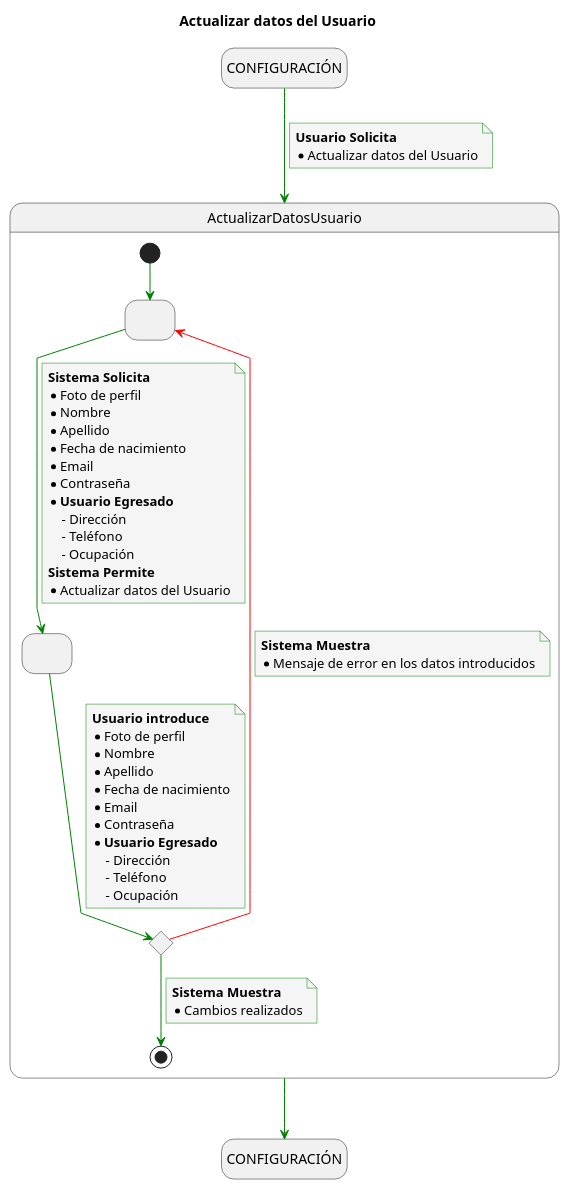
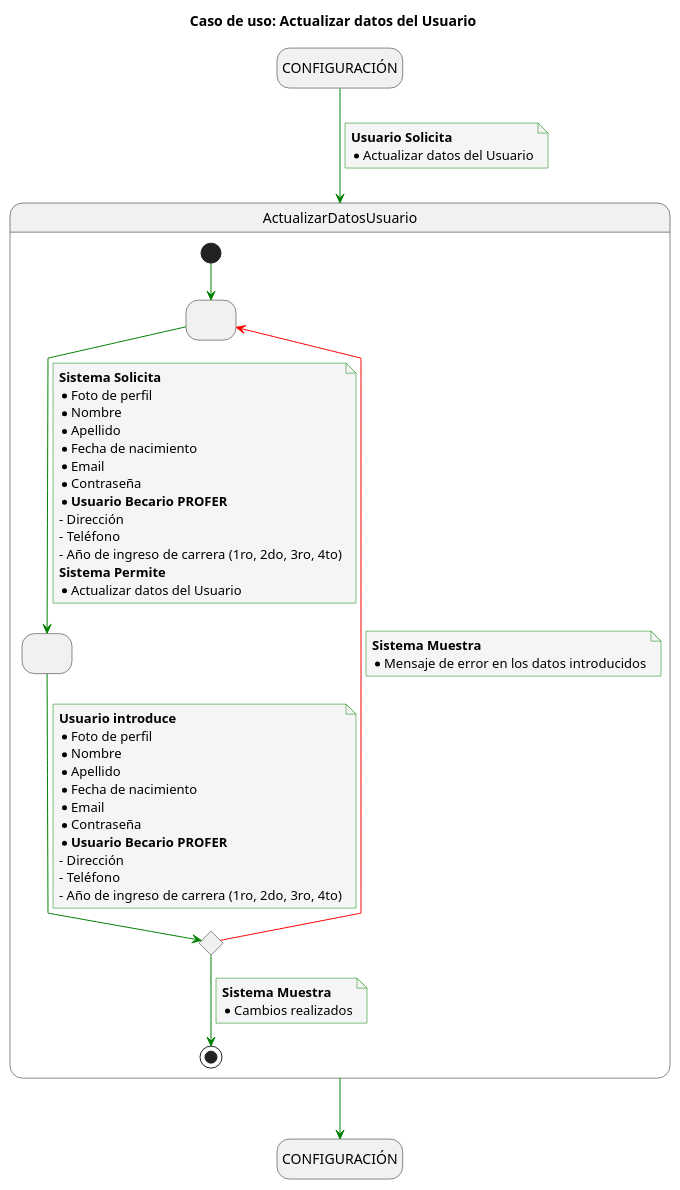
The diagram in casos_de_uso/casos_de_uso/usuarios/actualizar_datos_usuario/actualizar_datos.puml (mmasias/24-25-IdSw1-SDR), drawn with PlantUML before and after one commit. The commit also changed 4 other files, not shown here.

```diff
--- a/casos_de_uso/casos_de_uso/usuarios/actualizar_datos_usuario/actualizar_datos.puml
+++ b/casos_de_uso/casos_de_uso/usuarios/actualizar_datos_usuario/actualizar_datos.puml
@@ -1,76 +1,76 @@
 @startuml
-title Actualizar datos del Usuario
+title Caso de uso: Actualizar datos del Usuario
 
 skinparam {
     NoteBackgroundColor #whiteSmoke
     ArrowColor #green
     NoteBorderColor #green
     linetype polyline
 }
 
 hide empty description
 
 state startState as "CONFIGURACIÓN"
 state endState as "CONFIGURACIÓN"
 
 startState --> ActualizarDatosUsuario
 note on link
     <b>Usuario Solicita</b>
     * Actualizar datos del Usuario
 end note
 
 ActualizarDatosUsuario --> endState
 
 state ActualizarDatosUsuario {
-state 2 as " "
-state 3 as " "
-state 4 <<choice>>
+    state 2 as " "
+    state 3 as " "
+    state 4 <<choice>>
 
-[*] -down-> 2
+    [*] -down-> 2
 
-2 -down-> 3
-note on link
-<b>Sistema Solicita</b>
-* Foto de perfil
-* Nombre
-* Apellido
-* Fecha de nacimiento
-* Email
-* Contraseña
-* <b>Usuario Egresado</b>
-    - Dirección
-    - Teléfono
-    - Ocupación
-<b>Sistema Permite</b>
-* Actualizar datos del Usuario
-end note
+    2 -down-> 3
+    note on link
+        <b>Sistema Solicita</b>
+        * Foto de perfil
+        * Nombre
+        * Apellido
+        * Fecha de nacimiento
+        * Email
+        * Contraseña
+        * <b>Usuario Becario PROFER</b>
+        - Dirección
+        - Teléfono
+        - Año de ingreso de carrera (1ro, 2do, 3ro, 4to)
+        <b>Sistema Permite</b>
+        * Actualizar datos del Usuario
+    end note
 
-3 -down-> 4
-note on link
-<b>Usuario introduce</b>
-* Foto de perfil
-* Nombre
-* Apellido
-* Fecha de nacimiento
-* Email
-* Contraseña
-* <b>Usuario Egresado</b>
-    - Dirección
-    - Teléfono
-    - Ocupación
-end note
+    3 -down-> 4
+    note on link
+        <b>Usuario introduce</b>
+        * Foto de perfil
+        * Nombre
+        * Apellido
+        * Fecha de nacimiento
+        * Email
+        * Contraseña
+        * <b>Usuario Becario PROFER</b>
+        - Dirección
+        - Teléfono
+        - Año de ingreso de carrera (1ro, 2do, 3ro, 4to)
+    end note
 
-4 -down-> [*]
-note on link
-<b>Sistema Muestra</b>
-* Cambios realizados
-end note
+    4 -down-> [*]
+    note on link
+        <b>Sistema Muestra</b>
+        * Cambios realizados
+    end note
 
-4 -[#red]-> 2
-note on link
-<b>Sistema Muestra</b>
-* Mensaje de error en los datos introducidos
-end note
+    4 -[#red]-> 2
+    note on link
+        <b>Sistema Muestra</b>
+        * Mensaje de error en los datos introducidos
+    end note
 
 }
 @enduml
```
